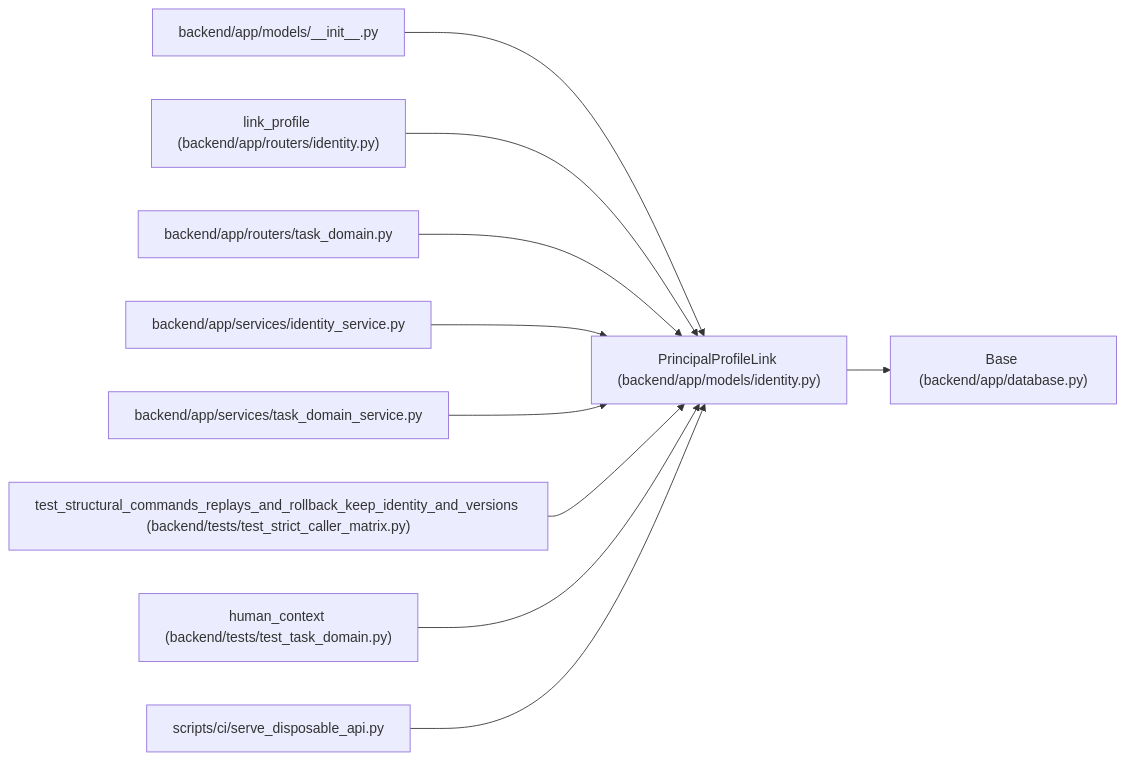
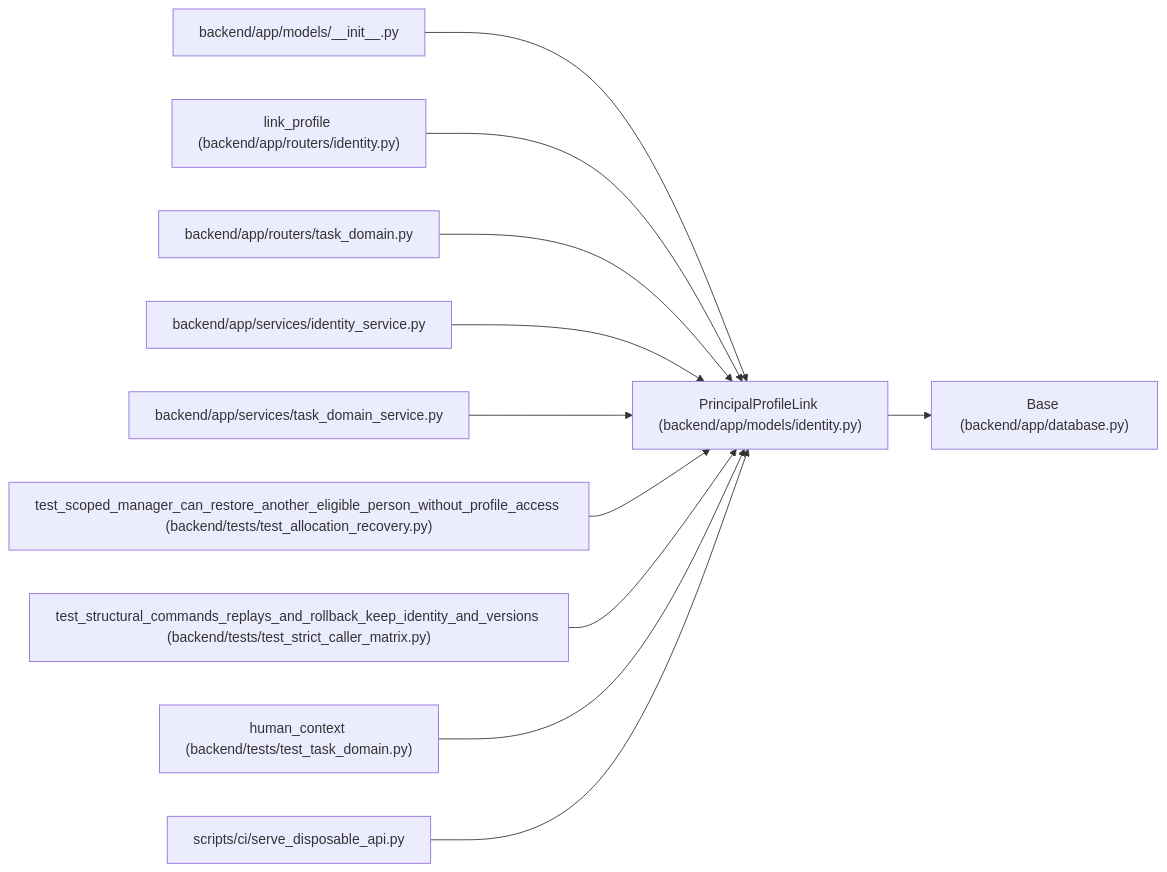
Before and after one commit to Denissvgn/WorkChord: the diagram in docs/llm_wiki/entities/PrincipalProfileLink.md, drawn with Mermaid. The commit also changed other lines of this file and 383 other files, not shown here.

Commit message:
docs(wiki): document complete person recovery provenance

````diff
--- a/docs/llm_wiki/entities/PrincipalProfileLink.md
+++ b/docs/llm_wiki/entities/PrincipalProfileLink.md
@@ -28,32 +28,35 @@
 ```mermaid
 flowchart LR
     n0["PrincipalProfileLink (backend/app/models/identity.py)"]
     n1["Base (backend/app/database.py)"]
     n2["backend/app/models/__init__.py"]
     n3["link_profile (backend/app/routers/identity.py)"]
     n4["backend/app/routers/task_domain.py"]
     n5["backend/app/services/identity_service.py"]
     n6["backend/app/services/task_domain_service.py"]
-    n7["test_structural_commands_replays_and_rollback_keep_identity_and_versions (backend/tests/test_strict_caller_matrix.py)"]
-    n8["human_context (backend/tests/test_task_domain.py)"]
-    n9["scripts/ci/serve_disposable_api.py"]
+    n7["test_scoped_manager_can_restore_another_eligible_person_without_profile_access (backend/tests/test_allocation_recovery.py)"]
+    n8["test_structural_commands_replays_and_rollback_keep_identity_and_versions (backend/tests/test_strict_caller_matrix.py)"]
+    n9["human_context (backend/tests/test_task_domain.py)"]
+    n10["scripts/ci/serve_disposable_api.py"]
     n0 --> n1
     n2 --> n0
     n3 --> n0
     n4 --> n0
     n5 --> n0
     n6 --> n0
     n7 --> n0
     n8 --> n0
     n9 --> n0
+    n10 --> n0
     click n0 "../modules/models_identity.md"
     click n1 "../modules/app_database.md"
     click n2 "../modules/models___init__.md"
     click n3 "../modules/routers_identity.md"
     click n4 "../modules/routers_task_domain.md"
     click n5 "../modules/identity_service.md"
     click n6 "../modules/task_domain_service.md"
-    click n7 "../modules/test_strict_caller_matrix.md"
-    click n8 "../modules/test_task_domain.md"
-    click n9 "../modules/serve_disposable_api.md"
+    click n7 "../modules/test_allocation_recovery.md"
+    click n8 "../modules/test_strict_caller_matrix.md"
+    click n9 "../modules/test_task_domain.md"
+    click n10 "../modules/serve_disposable_api.md"
 ```
````
